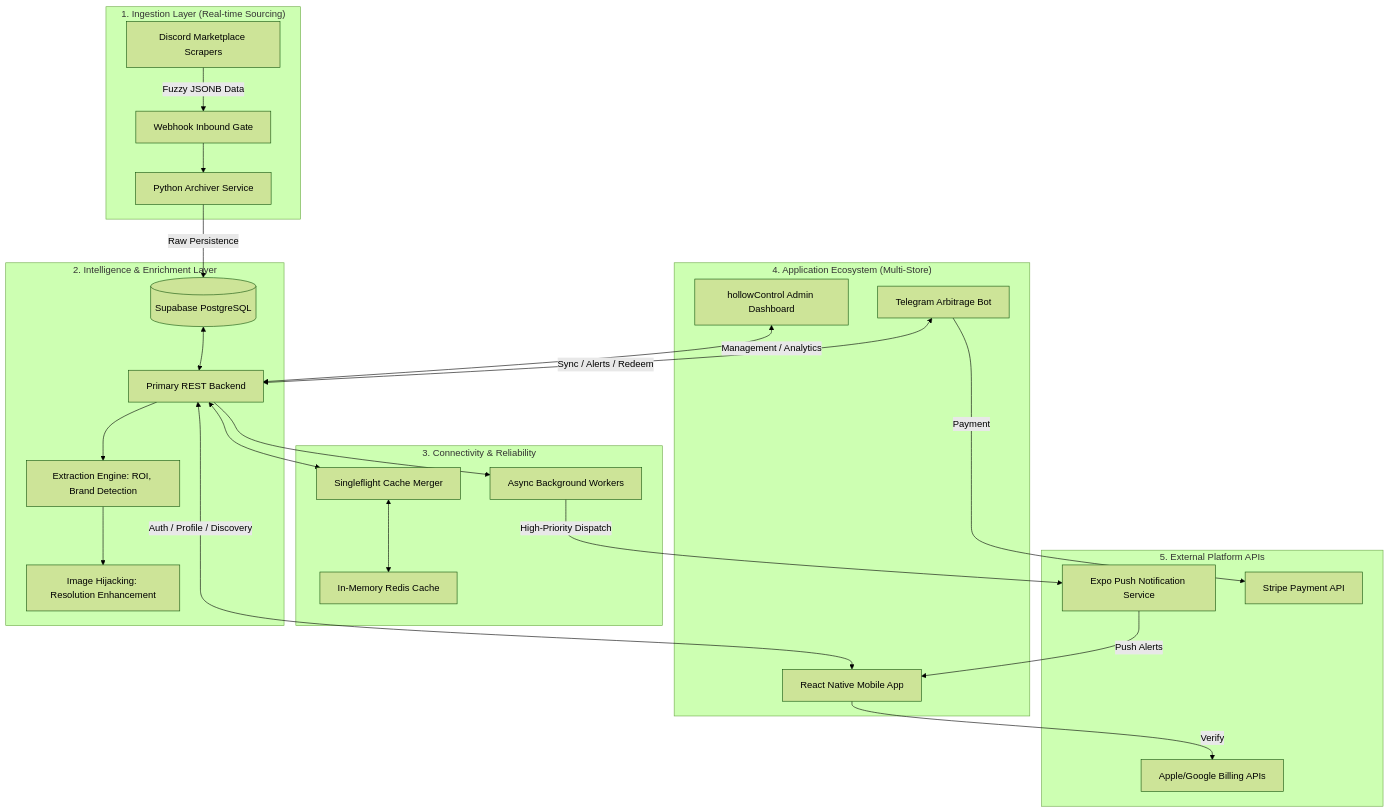
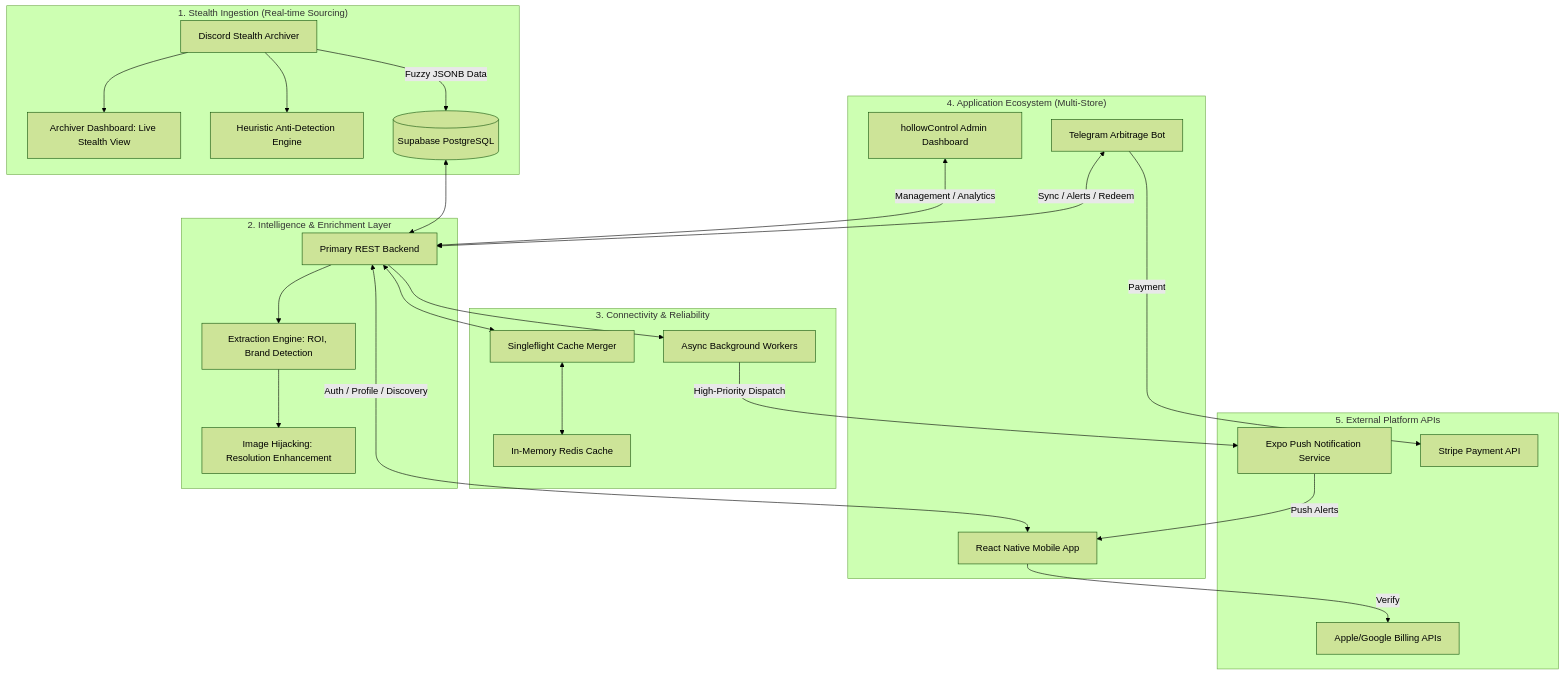
The first of 6 diagrams in README.md (joshuatochinwachi/HollowScan-Mobile-App), drawn with Mermaid (forest theme) before and after one commit. The commit also changed other lines of this file and 3 other files, not shown here.

````diff
--- a/README.md
+++ b/README.md
@@ -28,55 +28,55 @@
 ```mermaid
 graph TD
-    %% INGESTION LAYER
-    subgraph "1. Ingestion Layer (Real-time Sourcing)"
-        DS[Discord Marketplace Scrapers]
-        WH[Webhook Inbound Gate]
-        PA[Python Archiver Service]
-        DS -->|Fuzzy JSONB Data| WH
-        WH --> PA
+    %% INGESTION LAYER (Contabo VPS)
+    subgraph "1. Stealth Ingestion (Real-time Sourcing)"
+        DS[Discord Stealth Archiver]
+        DASH[Archiver Dashboard: Live Stealth View]
+        ANTIBOT[Heuristic Anti-Detection Engine]
+        DS -->|Fuzzy JSONB Data| DB[(Supabase PostgreSQL)]
+        DS --> DASH
+        DS --> ANTIBOT
     end
 
     %% PROCESSING & INTELLIGENCE
     subgraph "2. Intelligence & Enrichment Layer"
         FastAPI[Primary REST Backend]
         XTR[Extraction Engine: ROI, Brand Detection]
         IMG[Image Hijacking: Resolution Enhancement]
-        PA -->|Raw Persistence| DB[(Supabase PostgreSQL)]
         DB <--> FastAPI
         FastAPI --> XTR
         XTR --> IMG
     end
 
     %% PERSISTENCE & CACHING
     subgraph "3. Connectivity & Reliability"
         RED[In-Memory Redis Cache]
         SF[Singleflight Cache Merger]
         BGR[Async Background Workers]
         FastAPI <--> SF
         SF <--> RED
         FastAPI --> BGR
     end
 
     %% MULTI-CHANNEL CLIENTS
     subgraph "4. Application Ecosystem (Multi-Store)"
         MA[React Native Mobile App]
         TG[Telegram Arbitrage Bot]
         ADM[hollowControl Admin Dashboard]
         
         MA <-->|Auth / Profile / Discovery| FastAPI
         TG <-->|Sync / Alerts / Redeem| FastAPI
         ADM <-->|Management / Analytics| FastAPI
     end
 
     %% EXTERNAL PROVIDERS
     subgraph "5. External Platform APIs"
         EPS[Expo Push Notification Service]
         IAP[Apple/Google Billing APIs]
         STR[Stripe Payment API]
         
         BGR -->|High-Priority Dispatch| EPS
         EPS -->|Push Alerts| MA
         MA -->|Verify| IAP
         TG -->|Payment| STR
     end
 ```
````
